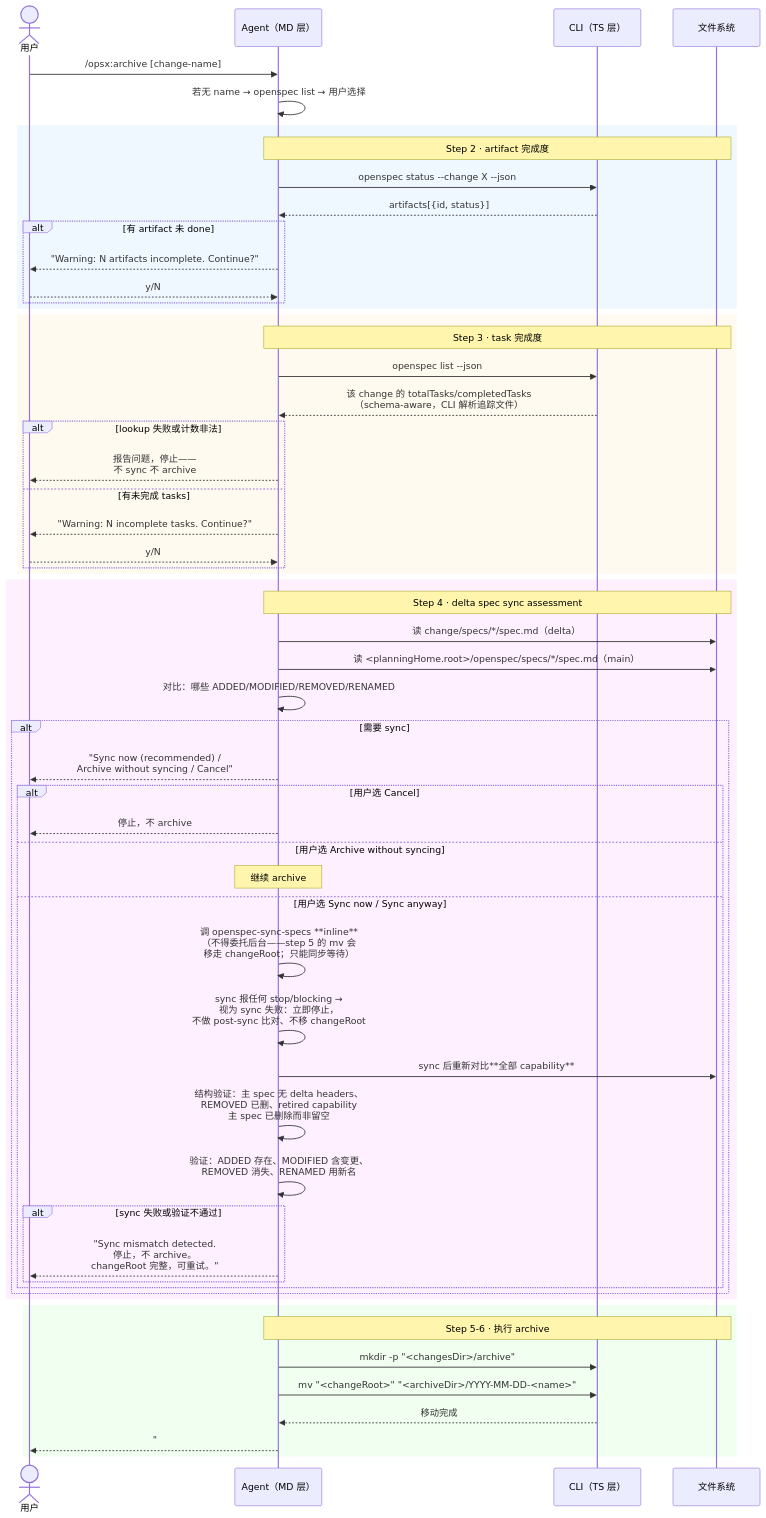
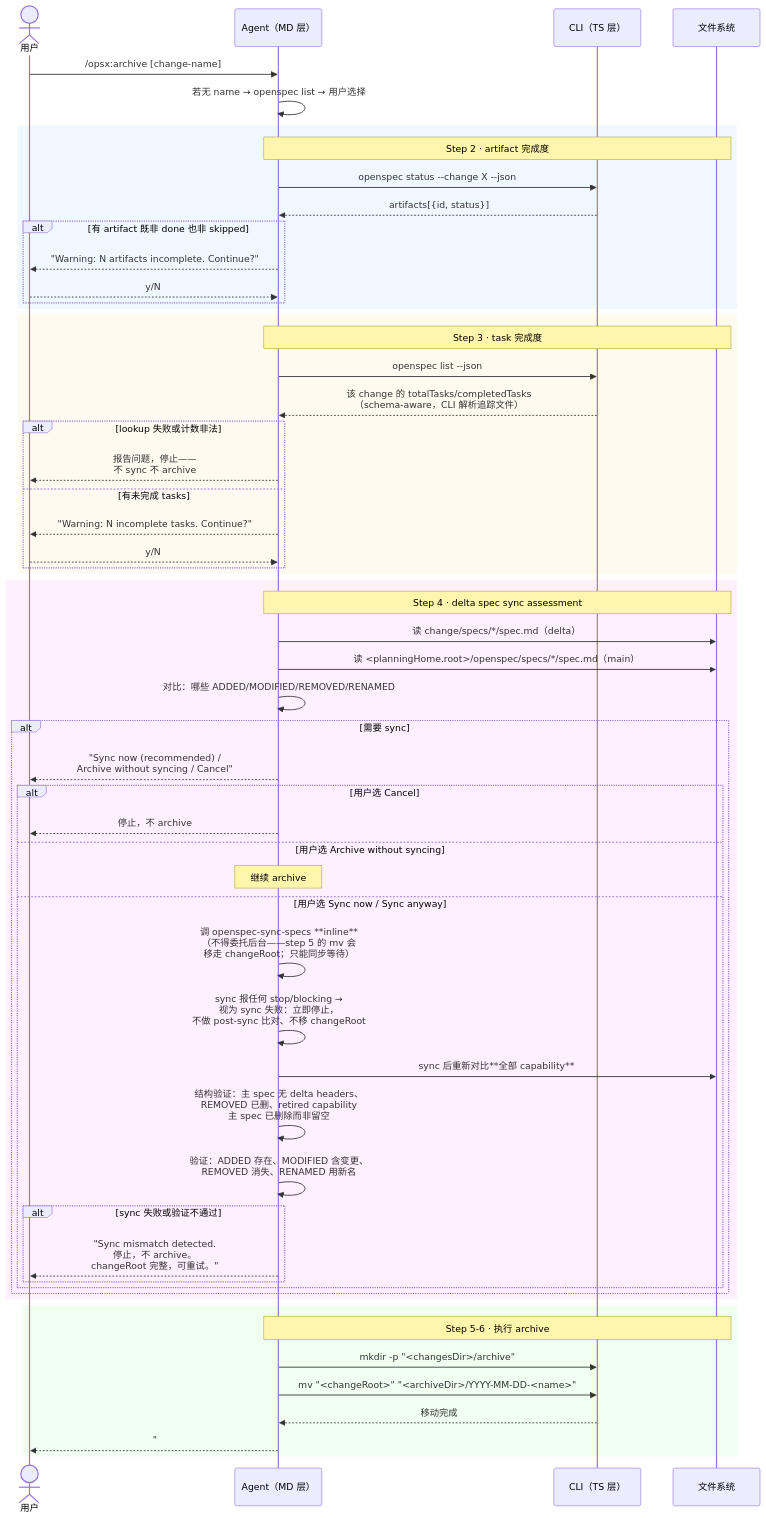
Before and after one commit to ethan-jiang-3/OpenSpec: the diagram in _digested/workflows/09-archive.md, drawn with Mermaid.

Commit message:
docs(workflows/09): 修正 artifact 完成度判断——skipped 也算满足

````diff
--- a/_digested/workflows/09-archive.md
+++ b/_digested/workflows/09-archive.md
@@ -53,64 +53,64 @@
 ```mermaid
 sequenceDiagram
     actor User as 用户
     participant MD as Agent（MD 层）
     participant TS as CLI（TS 层）
     participant FS as 文件系统
 
     User->>MD: /opsx:archive [change-name]
     MD->>MD: 若无 name → openspec list → 用户选择
 
     rect rgb(240, 248, 255)
         Note over MD,FS: Step 2 · artifact 完成度
         MD->>TS: openspec status --change X --json
         TS-->>MD: artifacts[{id, status}]
-        alt 有 artifact 未 done
+        alt 有 artifact 既非 done 也非 skipped
             MD-->>User: "Warning: N artifacts incomplete. Continue?"
             User-->>MD: y/N
         end
     end
 
     rect rgb(255, 250, 240)
         Note over MD,FS: Step 3 · task 完成度
         MD->>TS: openspec list --json
         TS-->>MD: 该 change 的 totalTasks/completedTasks<br/>（schema-aware，CLI 解析追踪文件）
         alt lookup 失败或计数非法
             MD-->>User: 报告问题，停止——<br/>不 sync 不 archive
         else 有未完成 tasks
             MD-->>User: "Warning: N incomplete tasks. Continue?"
             User-->>MD: y/N
         end
     end
 
     rect rgb(255, 240, 255)
         Note over MD,FS: Step 4 · delta spec sync assessment
         MD->>FS: 读 change/specs/*/spec.md（delta）
         MD->>FS: 读 <planningHome.root>/openspec/specs/*/spec.md（main）
         MD->>MD: 对比：哪些 ADDED/MODIFIED/REMOVED/RENAMED
         alt 需要 sync
             MD-->>User: "Sync now (recommended) /<br/>Archive without syncing / Cancel"
             alt 用户选 Cancel
                 MD-->>User: 停止，不 archive
             else 用户选 Archive without syncing
                 Note over MD: 继续 archive
             else 用户选 Sync now / Sync anyway
                 MD->>MD: 调 openspec-sync-specs **inline**<br/>（不得委托后台——step 5 的 mv 会<br/>移走 changeRoot；只能同步等待）
                 MD->>MD: sync 报任何 stop/blocking →<br/>视为 sync 失败：立即停止，<br/>不做 post-sync 比对、不移 changeRoot
                 MD->>FS: sync 后重新对比**全部 capability**
                 MD->>MD: 结构验证：主 spec 无 delta headers、<br/>REMOVED 已删、retired capability<br/>主 spec 已删除而非留空
                 MD->>MD: 验证：ADDED 存在、MODIFIED 含变更、<br/>REMOVED 消失、RENAMED 用新名
                 alt sync 失败或验证不通过
                     MD-->>User: "Sync mismatch detected.<br/>停止，不 archive。<br/>changeRoot 完整，可重试。"
                 end
             end
         end
     end
 
     rect rgb(240, 255, 240)
         Note over MD,FS: Step 5-6 · 执行 archive
         MD->>TS: mkdir -p "<changesDir>/archive"
         MD->>TS: mv "<changeRoot>" "<archiveDir>/YYYY-MM-DD-<name>"
         TS-->>MD: 移动完成
         MD-->>User: "## Archive Complete<br/>Change: <name><br/>Specs: ✓ Synced"
     end
 ```
````
